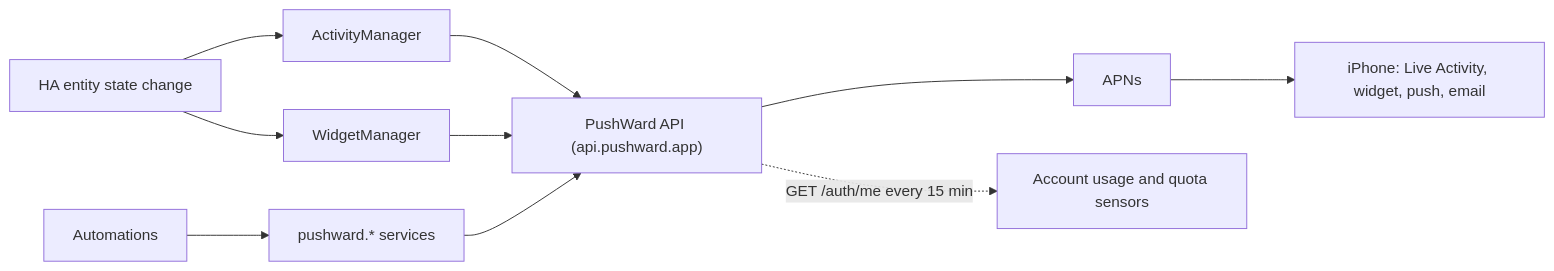
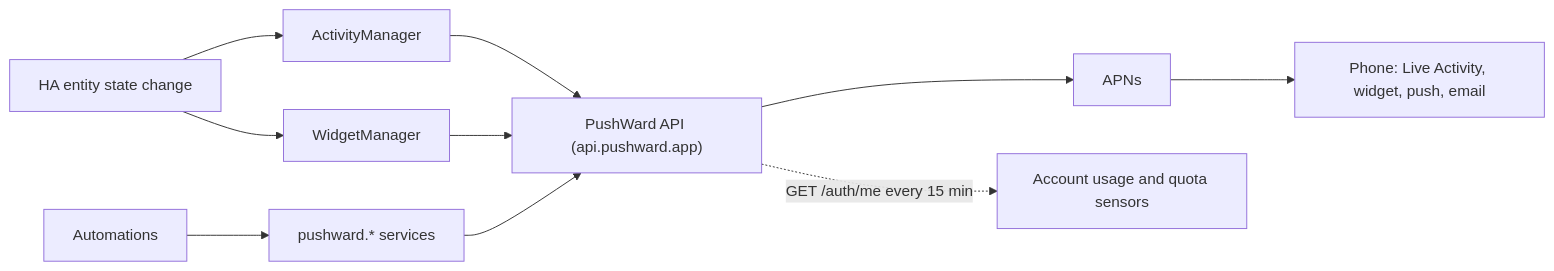
The diagram in README.md (mac-lucky/pushward-hass), drawn with Mermaid before and after one commit. The commit also changed other lines of this file, not shown here.

Commit message:
docs(readme): say phone and the PushWard app where nothing is iOS-only

````diff
--- a/README.md
+++ b/README.md
@@ -35,22 +35,22 @@
 ```mermaid
 flowchart LR
     HA["HA entity state change"]
     AUTO["Automations"]
     AM["ActivityManager"]
     WM["WidgetManager"]
     SVC["pushward.* services"]
     API["PushWard API (api.pushward.app)"]
     APNS["APNs"]
-    IOS["iPhone: Live Activity, widget, push, email"]
+    PHONE["Phone: Live Activity, widget, push, email"]
     SENS["Account usage and quota sensors"]
 
     HA --> AM
     HA --> WM
     AUTO --> SVC
     AM --> API
     WM --> API
     SVC --> API
     API --> APNS
-    APNS --> IOS
+    APNS --> PHONE
     API -.->|"GET /auth/me every 15 min"| SENS
 ```
````
